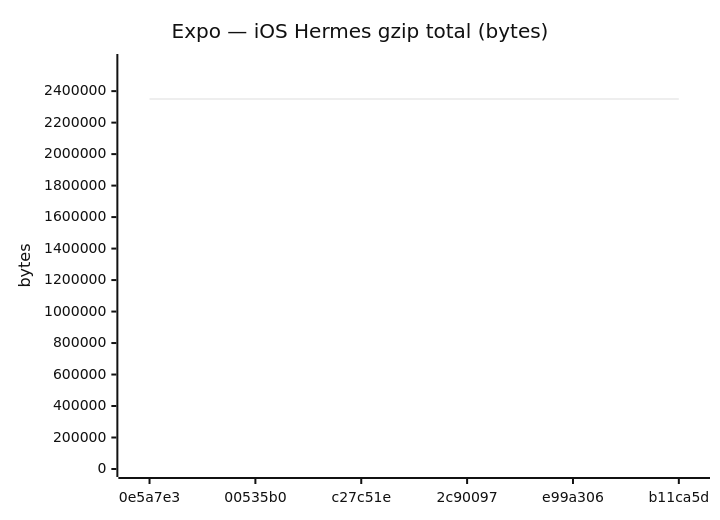
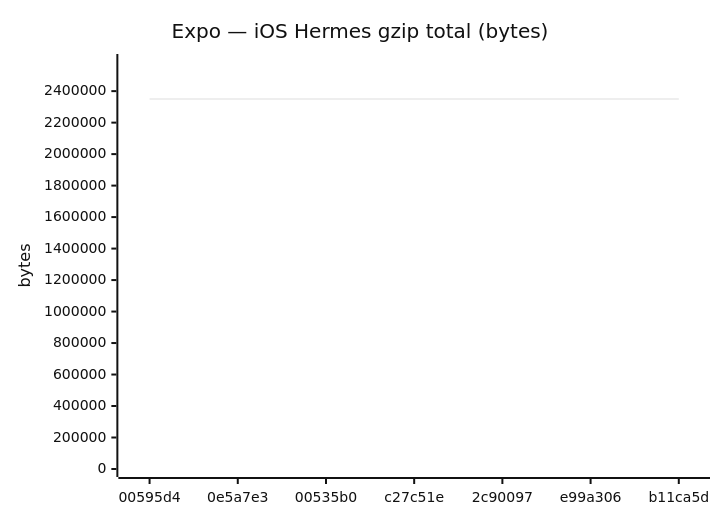
One commit to Metaheurist/Rianell changed the eighth of 24 diagrams in benchmarks/compare.md. Above: the diagram before and after it, drawn with Mermaid (neutral theme). The commit also changed other lines of this file and 12 other files, not shown here.

````diff
--- a/benchmarks/compare.md
+++ b/benchmarks/compare.md
@@ -107,7 +111,7 @@
 ```mermaid
 xychart-beta
     title "Expo — iOS Hermes gzip total (bytes)"
-    x-axis ["0e5a7e3", "00535b0", "c27c51e", "2c90097", "e99a306", "b11ca5d"]
-    y-axis "bytes" 0 --> 2585046
-    line [2350041, 2349868, 2349864, 2349868, 2349869, 2349865]
+    x-axis ["00595d4", "0e5a7e3", "00535b0", "c27c51e", "2c90097", "e99a306", "b11ca5d"]
+    y-axis "bytes" 0 --> 2585051
+    line [2350046, 2350041, 2349868, 2349864, 2349868, 2349869, 2349865]
 ```
````
